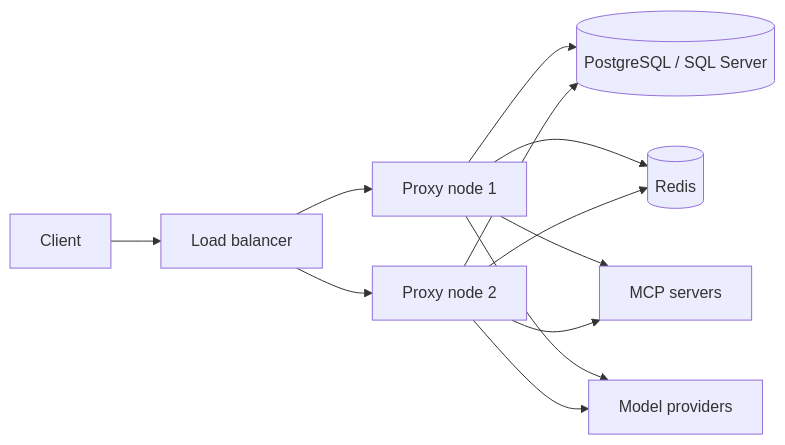
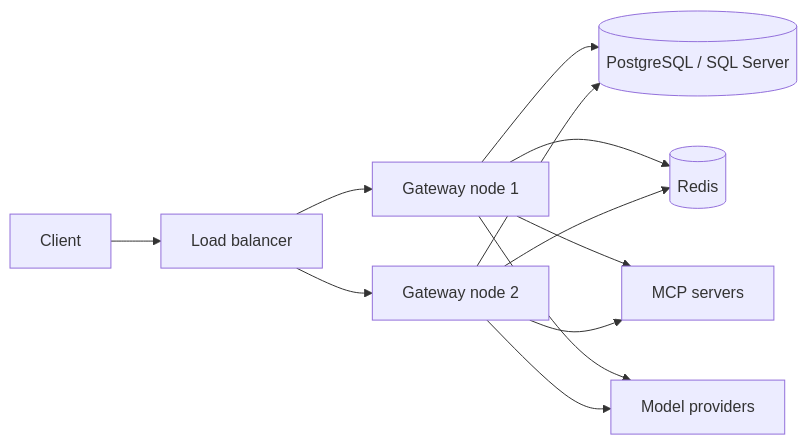
Before and after one commit to theonemule/MCP-Proxy: the ninth of 9 diagrams in docs/ARCHITECTURE.md, drawn with Mermaid. The commit also changed other lines of this file and 130 other files, not shown here.

```diff
--- a/docs/ARCHITECTURE.md
+++ b/docs/ARCHITECTURE.md
@@ -390,18 +403,18 @@
 ~~~mermaid
 flowchart LR
     Client --> LB[Load balancer]
-    LB --> P1[Proxy node 1]
-    LB --> P2[Proxy node 2]
+    LB --> P1[Gateway node 1]
+    LB --> P2[Gateway node 2]
 
     P1 --> DB[(PostgreSQL / SQL Server)]
     P2 --> DB
 
     P1 --> Redis[(Redis)]
     P2 --> Redis
 
     P1 --> MCP[MCP servers]
     P2 --> MCP
 
     P1 --> Models[Model providers]
     P2 --> Models
 ~~~
```
